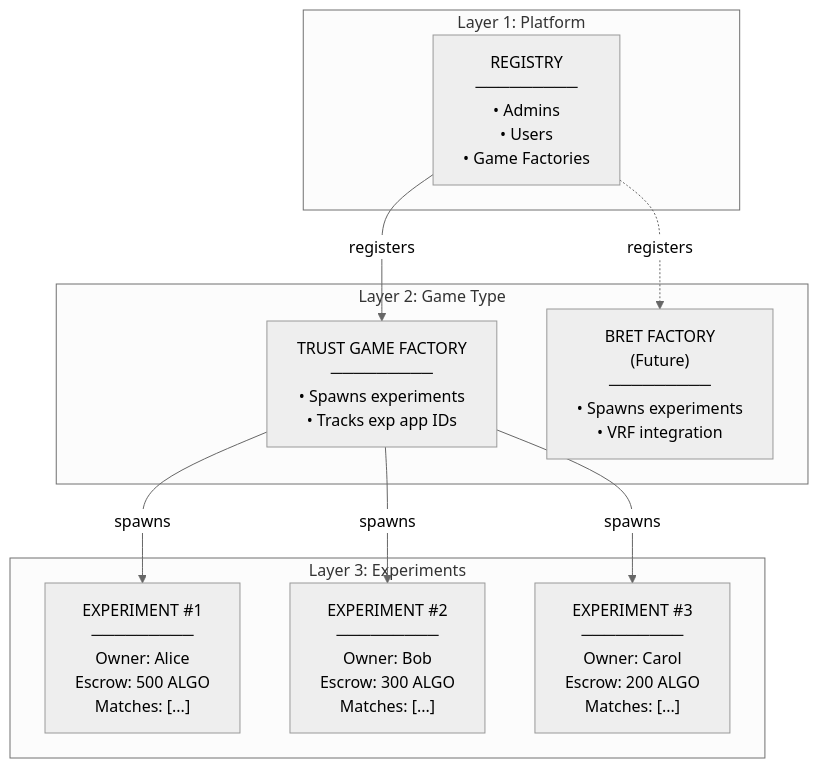
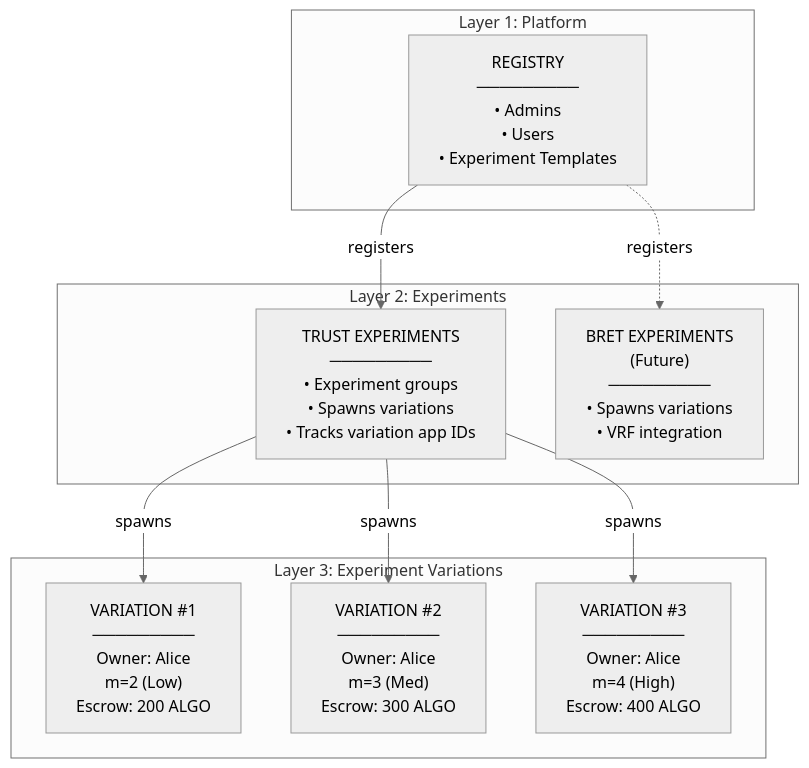
One commit to Open-Science-Blockchain-Economics/bx-hive changed the first of 10 diagrams in docs/smart-contract-architecture.md. Above: the diagram before and after it, drawn with Mermaid (neutral theme). The commit also changed other lines of this file, not shown here.

````diff
--- a/docs/smart-contract-architecture.md
+++ b/docs/smart-contract-architecture.md
@@ -38,23 +38,23 @@
 ```mermaid
 flowchart TB
     subgraph Layer1["Layer 1: Platform"]
-        Registry["REGISTRY<br/>─────────<br/>• Admins<br/>• Users<br/>• Game Factories"]
+        Registry["REGISTRY<br/>─────────<br/>• Admins<br/>• Users<br/>• Experiment Templates"]
     end
 
-    subgraph Layer2["Layer 2: Game Type"]
-        TrustFactory["TRUST GAME FACTORY<br/>─────────<br/>• Spawns experiments<br/>• Tracks exp app IDs"]
-        BRETFactory["BRET FACTORY<br/>(Future)<br/>─────────<br/>• Spawns experiments<br/>• VRF integration"]
+    subgraph Layer2["Layer 2: Experiments"]
+        TrustExperiments["TRUST EXPERIMENTS<br/>─────────<br/>• Experiment groups<br/>• Spawns variations<br/>• Tracks variation app IDs"]
+        BRETExperiments["BRET EXPERIMENTS<br/>(Future)<br/>─────────<br/>• Spawns variations<br/>• VRF integration"]
     end
 
-    subgraph Layer3["Layer 3: Experiments"]
-        Exp1["EXPERIMENT #1<br/>─────────<br/>Owner: Alice<br/>Escrow: 500 ALGO<br/>Matches: [...]"]
-        Exp2["EXPERIMENT #2<br/>─────────<br/>Owner: Bob<br/>Escrow: 300 ALGO<br/>Matches: [...]"]
-        Exp3["EXPERIMENT #3<br/>─────────<br/>Owner: Carol<br/>Escrow: 200 ALGO<br/>Matches: [...]"]
+    subgraph Layer3["Layer 3: Experiment Variations"]
+        Var1["VARIATION #1<br/>─────────<br/>Owner: Alice<br/>m=2 (Low)<br/>Escrow: 200 ALGO"]
+        Var2["VARIATION #2<br/>─────────<br/>Owner: Alice<br/>m=3 (Med)<br/>Escrow: 300 ALGO"]
+        Var3["VARIATION #3<br/>─────────<br/>Owner: Alice<br/>m=4 (High)<br/>Escrow: 400 ALGO"]
     end
 
-    Registry -->|registers| TrustFactory
-    Registry -.->|registers| BRETFactory
-    TrustFactory -->|spawns| Exp1
-    TrustFactory -->|spawns| Exp2
-    TrustFactory -->|spawns| Exp3
+    Registry -->|registers| TrustExperiments
+    Registry -.->|registers| BRETExperiments
+    TrustExperiments -->|spawns| Var1
+    TrustExperiments -->|spawns| Var2
+    TrustExperiments -->|spawns| Var3
 ```
````
